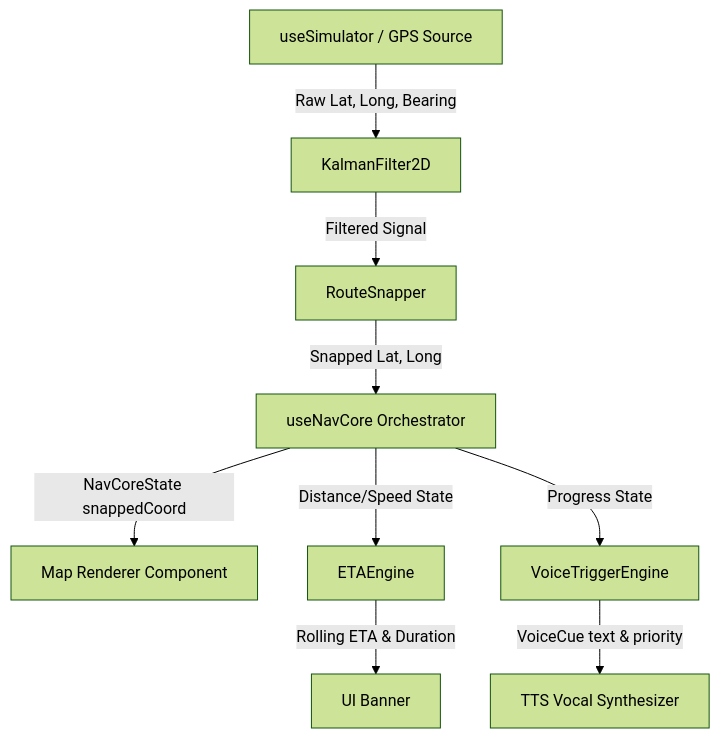
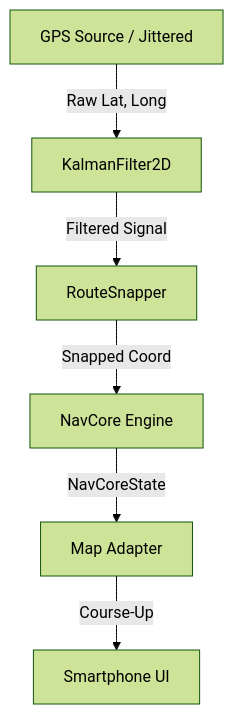
One commit to ingissa/ingissa-navcore-examples changed the diagram in README.md. Above: the diagram before and after it, drawn with Mermaid (forest theme). The commit also changed other lines of this file and 4 other files, not shown here.

````diff
--- a/README.md
+++ b/README.md
@@ -46,11 +75,8 @@
 ```mermaid
 graph TD
-    A[useSimulator / GPS Source] -->|Raw Lat, Long, Bearing| B[KalmanFilter2D]
+    A[GPS Source / Jittered] -->|Raw Lat, Long| B[KalmanFilter2D]
     B -->|Filtered Signal| C[RouteSnapper]
-    C -->|Snapped Lat, Long| D[useNavCore Orchestrator]
-    D -->|NavCoreState snappedCoord| E[Map Renderer Component]
-    D -->|Distance/Speed State| F[ETAEngine]
-    D -->|Progress State| G[VoiceTriggerEngine]
-    F -->|Rolling ETA & Duration| H[UI Banner]
-    G -->|VoiceCue text & priority| I[TTS Vocal Synthesizer]
+    C -->|Snapped Coord| D[NavCore Engine]
+    D -->|NavCoreState| E[Map Adapter]
+    E -->|Course-Up| F[Smartphone UI]
 ```
````
